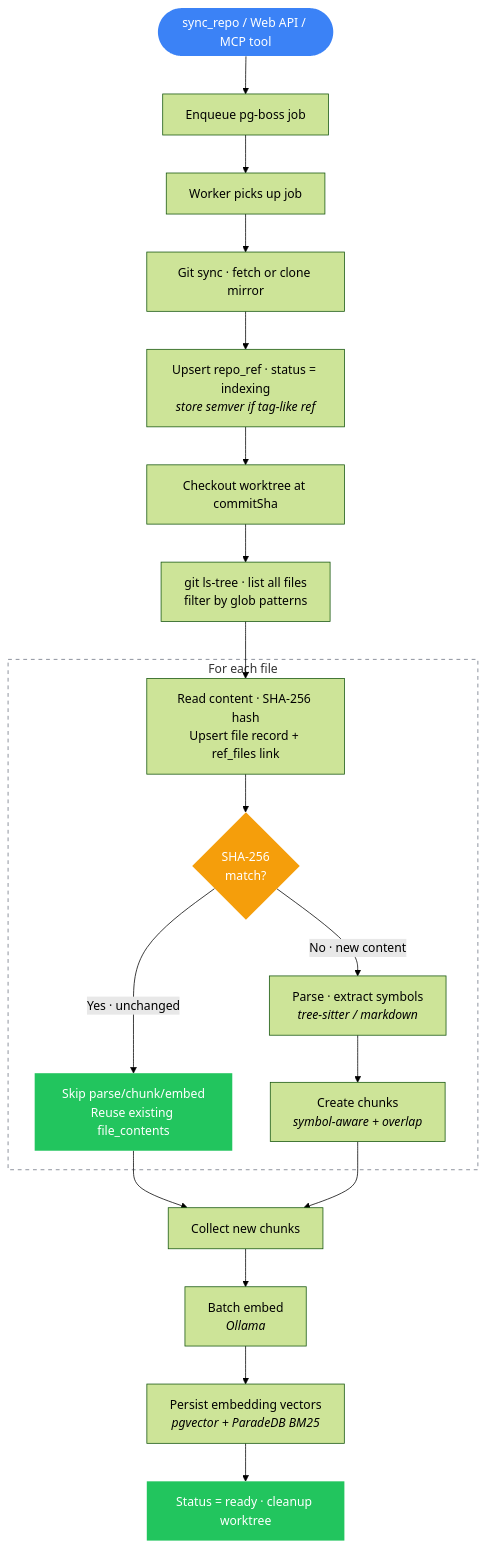
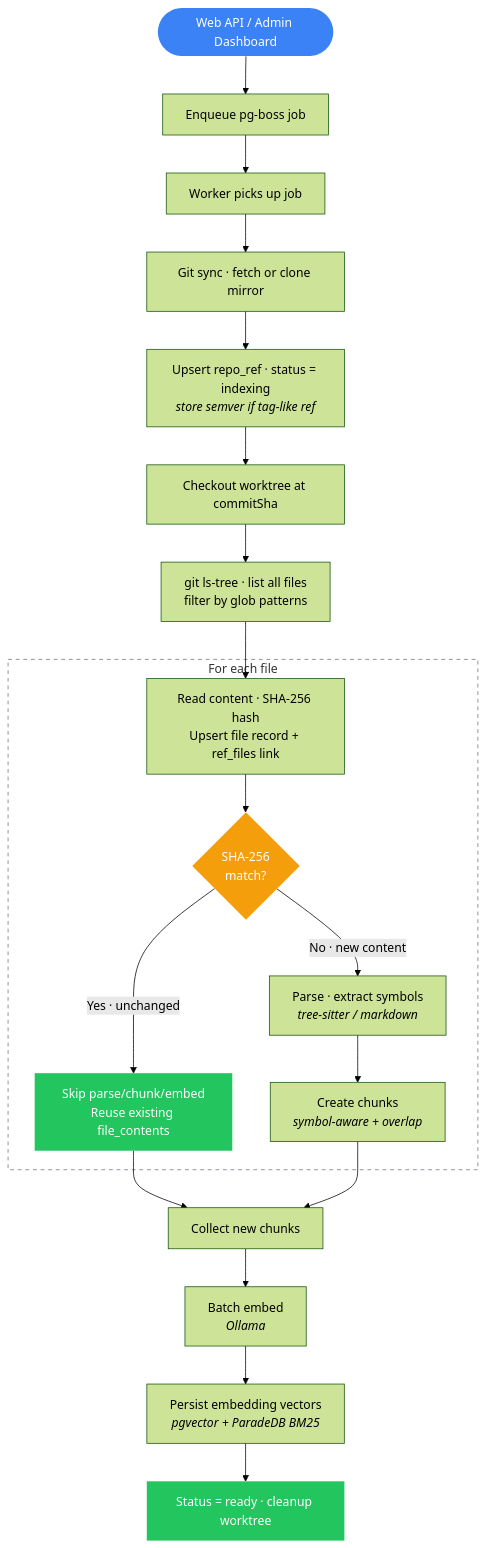
Before and after one commit to chwoerz/reporelay: the diagram in docs/guide/indexing-pipeline.md, drawn with Mermaid (forest theme). The commit also changed 60 other files, not shown here.

````diff
--- a/docs/guide/indexing-pipeline.md
+++ b/docs/guide/indexing-pipeline.md
@@ -5,31 +5,31 @@
 ```mermaid
 flowchart TD
-    trigger([sync_repo / Web API / MCP tool])
+    trigger([Web API / Admin Dashboard])
     trigger --> enqueue[Enqueue pg-boss job]
     enqueue --> worker[Worker picks up job]
 
     worker --> sync[Git sync · fetch or clone mirror]
     sync --> upsertRef[Upsert repo_ref · status = indexing<br/><i>store semver if tag-like ref</i>]
     upsertRef --> checkout[Checkout worktree at commitSha]
     checkout --> listFiles[git ls-tree · list all files<br/>filter by glob patterns]
     listFiles --> process
 
     subgraph loop [For each file]
         process[Read content · SHA-256 hash<br/>Upsert file record + ref_files link] --> dedup{SHA-256<br/>match?}
         dedup -->|Yes · unchanged| skip[Skip parse/chunk/embed<br/>Reuse existing file_contents]
         dedup -->|No · new content| parse[Parse · extract symbols<br/><i>tree-sitter / markdown</i>]
         parse --> chunk[Create chunks<br/><i>symbol-aware + overlap</i>]
     end
 
     skip --> collect
     chunk --> collect
     collect[Collect new chunks] --> embed[Batch embed<br/><i>Ollama</i>]
     embed --> storePG[Persist embedding vectors<br/><i>pgvector + ParadeDB BM25</i>]
     storePG --> done[Status = ready · cleanup worktree]
 
     style trigger fill:#3b82f6,color:#fff,stroke:none
     style done fill:#22c55e,color:#fff,stroke:none
     style dedup fill:#f59e0b,color:#fff,stroke:none
     style skip fill:#22c55e,color:#fff,stroke:none
     style loop fill:none,stroke:#6b7280,stroke-dasharray:5 5
 ```
````
